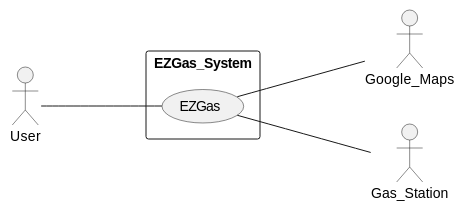
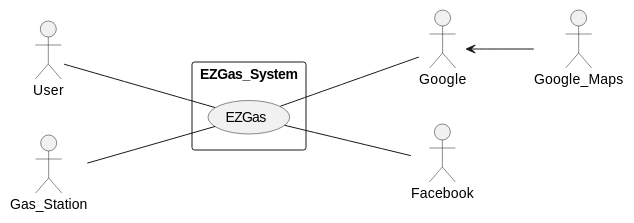
One commit to SoftengPoliTo/Lab2 changed the first of 3 diagrams in REQ_s276535.md. Above: the diagram before and after it, drawn with PlantUML. The commit also changed other lines of this file, not shown here.

````diff
--- a/REQ_s276535.md
+++ b/REQ_s276535.md
@@ -45,18 +45,27 @@
 ```plantuml
 actor User
+actor Google
+actor Gas_Station
 actor Google_Maps
-actor Gas_Station
+actor Facebook
 rectangle EZGas_System{
 left to right direction
 
 User --- (EZGas) 
 
 
- (EZGas)---Google_Maps
+ (EZGas)---Google
+
+  (EZGas)---Facebook
 
 
-(EZGas) --- Gas_Station  
+ Gas_Station--- (EZGas)
+
+Google<--Google_Maps
+
+
+
 }
 
 
 ```
````
